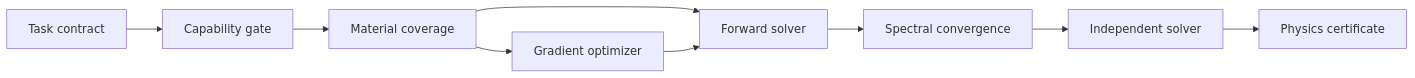
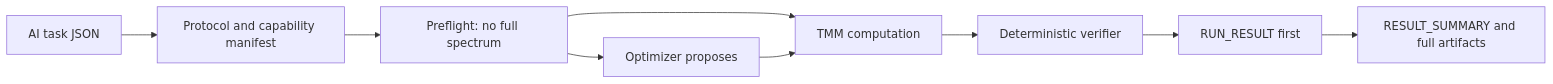
Before and after one commit to Lihonggang-scnu/VeriTMM: the diagram in README.md, drawn with Mermaid. The commit also changed other lines of this file and 185 other files, not shown here.

````diff
--- a/README.md
+++ b/README.md
@@ -186,11 +295,11 @@
 ```mermaid
 flowchart LR
-    A[Task contract] --> B[Capability gate]
-    B --> C[Material coverage]
-    C --> D[Forward solver]
-    C --> O[Gradient optimizer]
+    A[AI task JSON] --> B[Protocol and capability manifest]
+    B --> C[Preflight: no full spectrum]
+    C --> D[TMM computation]
+    C --> O[Optimizer proposes]
     O --> D
-    D --> E[Spectral convergence]
-    E --> F[Independent solver]
-    F --> G[Physics certificate]
+    D --> E[Deterministic verifier]
+    E --> F[RUN_RESULT first]
+    F --> G[RESULT_SUMMARY and full artifacts]
 ```
````
